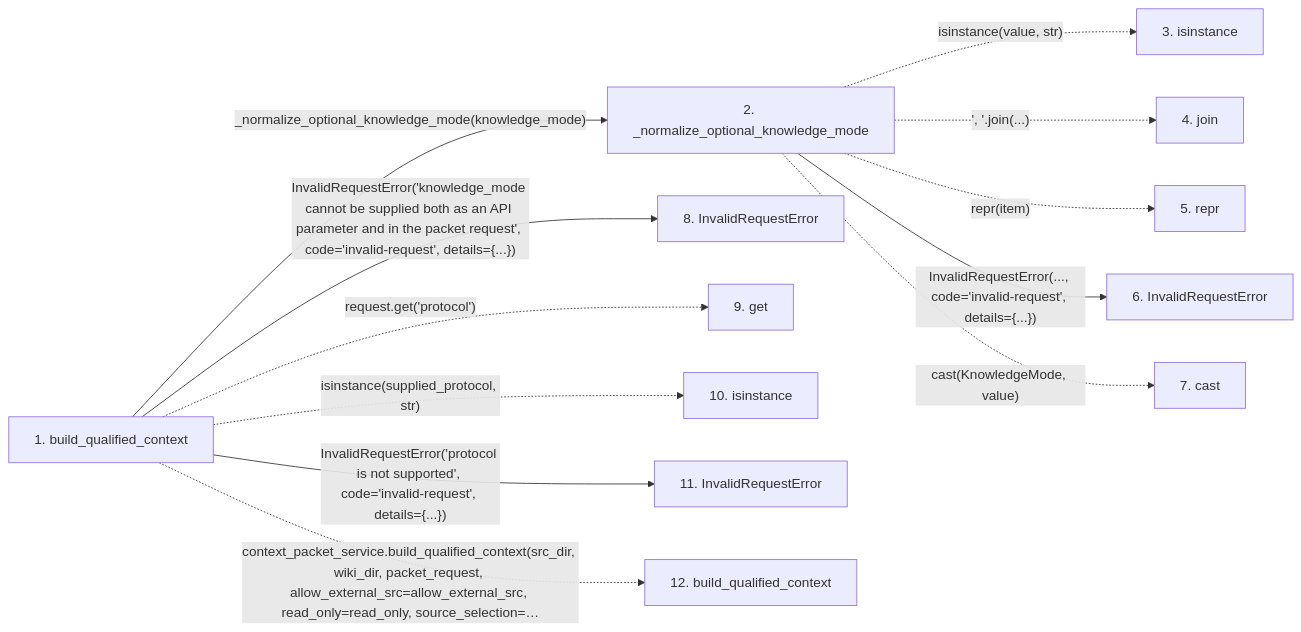
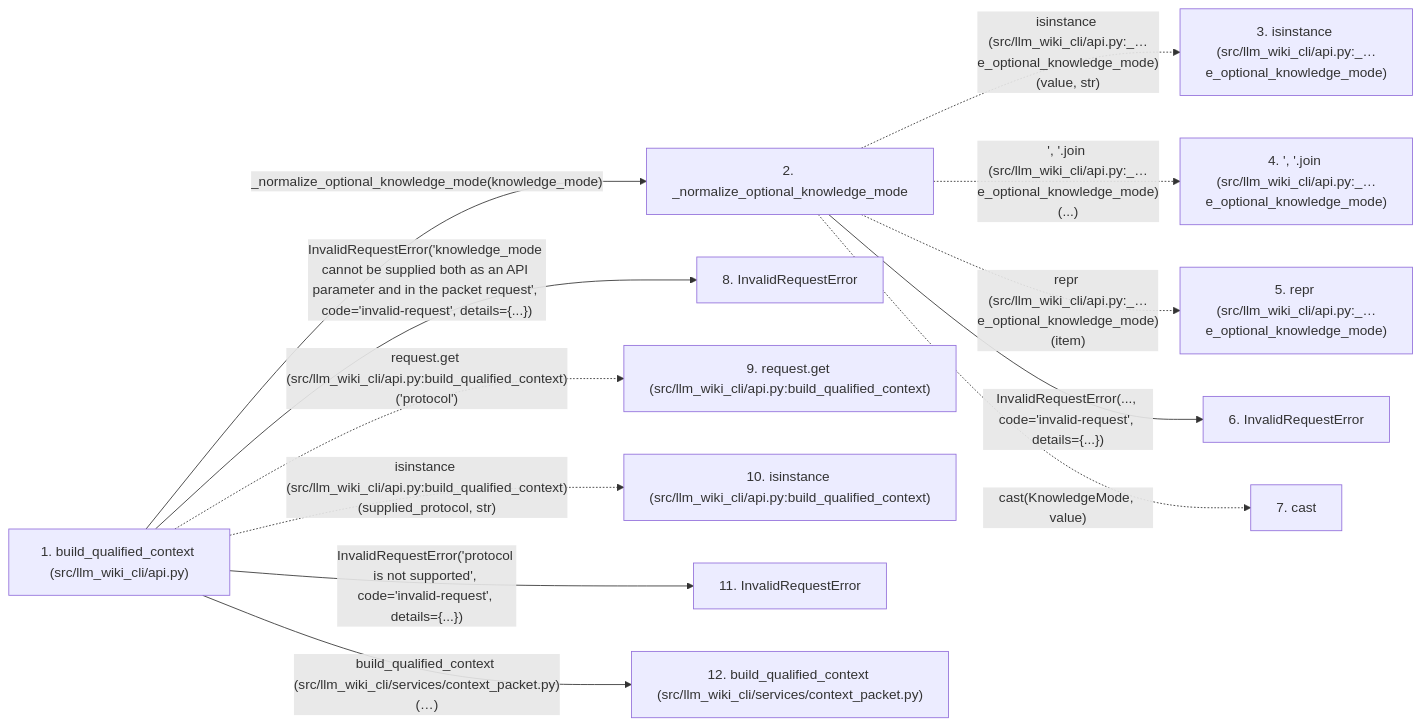
The second of 2 diagrams in docs/llm_wiki/flows/api-build_qualified_context-api.md (Denissvgn/python-wiki-llm), drawn with Mermaid before and after one commit. The commit also changed other lines of this file and 719 other files, not shown here.

````diff
--- a/docs/llm_wiki/flows/api-build_qualified_context-api.md
+++ b/docs/llm_wiki/flows/api-build_qualified_context-api.md
@@ -68,31 +117,32 @@
 ```mermaid
 flowchart LR
-    s1["1. build_qualified_context"]
+    s1["1. build_qualified_context (src/llm_wiki_cli/api.py)"]
     s2["2. _normalize_optional_knowledge_mode"]
-    s3["3. isinstance"]
-    s4["4. join"]
-    s5["5. repr"]
+    s3["3. isinstance (src/llm_wiki_cli/api.py:_…e_optional_knowledge_mode)"]
+    s4["4. ', '.join (src/llm_wiki_cli/api.py:_…e_optional_knowledge_mode)"]
+    s5["5. repr (src/llm_wiki_cli/api.py:_…e_optional_knowledge_mode)"]
     s6["6. InvalidRequestError"]
     s7["7. cast"]
     s8["8. InvalidRequestError"]
-    s9["9. get"]
-    s10["10. isinstance"]
+    s9["9. request.get (src/llm_wiki_cli/api.py:build_qualified_context)"]
+    s10["10. isinstance (src/llm_wiki_cli/api.py:build_qualified_context)"]
     s11["11. InvalidRequestError"]
-    s12["12. build_qualified_context"]
+    s12["12. build_qualified_context (src/llm_wiki_cli/services/context_packet.py)"]
     s1 -->|"_normalize_optional_knowledge_mode(knowledge_mode)"| s2
-    s2 -. "isinstance(value, str)" .-> s3
-    s2 -. "', '.join(...)" .-> s4
-    s2 -. "repr(item)" .-> s5
+    s2 -. "isinstance (src/llm_wiki_cli/api.py:_…e_optional_knowledge_mode)(value, str)" .-> s3
+    s2 -. "', '.join (src/llm_wiki_cli/api.py:_…e_optional_knowledge_mode)(...)" .-> s4
+    s2 -. "repr (src/llm_wiki_cli/api.py:_…e_optional_knowledge_mode)(item)" .-> s5
     s2 -->|"InvalidRequestError(..., code='invalid-request', details={...})"| s6
     s2 -. "cast(KnowledgeMode, value)" .-> s7
     s1 -->|"InvalidRequestError('knowledge_mode cannot be supplied both as an API parameter and in the packet request', code='invalid-request', details={...})"| s8
-    s1 -. "request.get('protocol')" .-> s9
-    s1 -. "isinstance(supplied_protocol, str)" .-> s10
+    s1 -. "request.get (src/llm_wiki_cli/api.py:build_qualified_context)('protocol')" .-> s9
+    s1 -. "isinstance (src/llm_wiki_cli/api.py:build_qualified_context)(supplied_protocol, str)" .-> s10
     s1 -->|"InvalidRequestError('protocol is not supported', code='invalid-request', details={...})"| s11
-    s1 -. "context_packet_service.build_qualified_context(src_dir, wiki_dir, packet_request, allow_external_src=allow_external_src, read_only=read_only, source_selection=…" .-> s12
+    s1 -->|"build_qualified_context (src/llm_wiki_cli/services/context_packet.py)(…)"| s12
     click s1 "../modules/api.md"
     click s2 "../modules/api.md"
     click s6 "../modules/api.md"
     click s8 "../modules/api.md"
     click s11 "../modules/api.md"
+    click s12 "../modules/context_packet.md"
 ```
````
